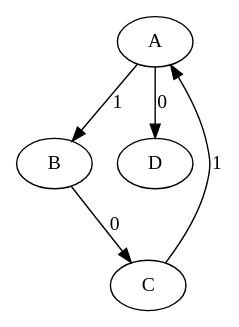
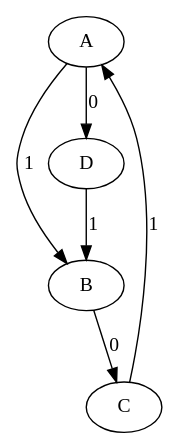
One commit to omarelhorre/automate changed the diagram in demo.dot. Above: the diagram before and after it, drawn with Graphviz. The commit also changed 2 other files, not shown here.

```diff
--- a/demo.dot
+++ b/demo.dot
@@ -1,6 +1,7 @@
 digraph G {
     A -> B [label="1"];
     B -> C [label="0"];
     C -> A [label="1"];
     A -> D [label="0"];
+    D ->B  [label="1"];
 }
```
